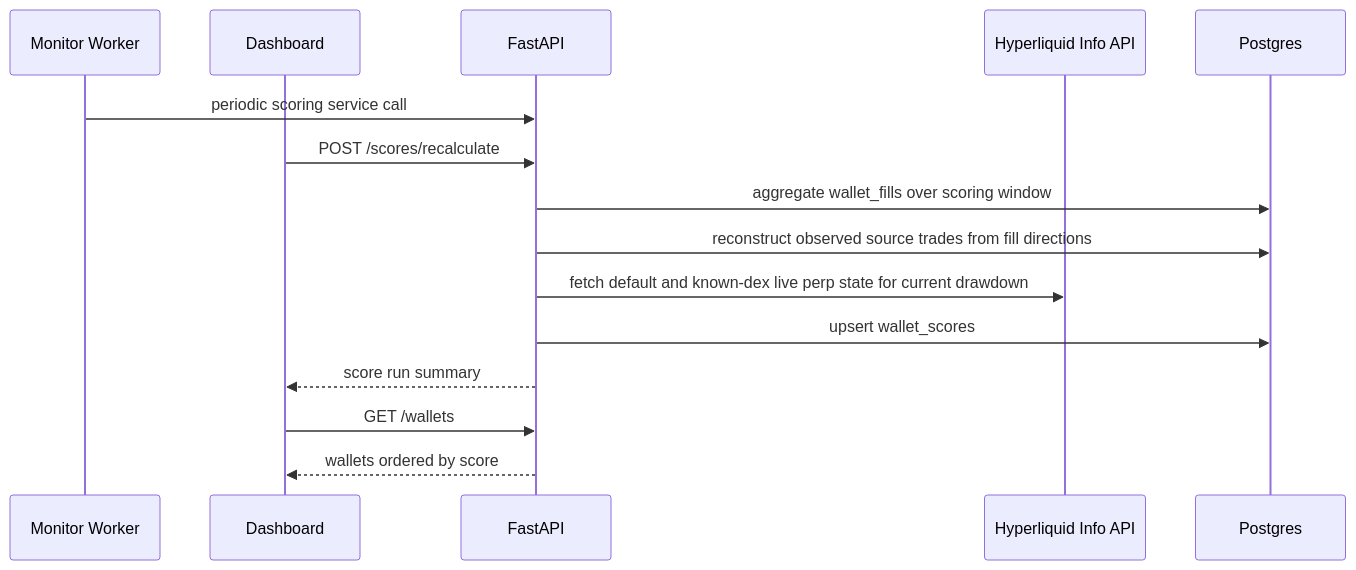
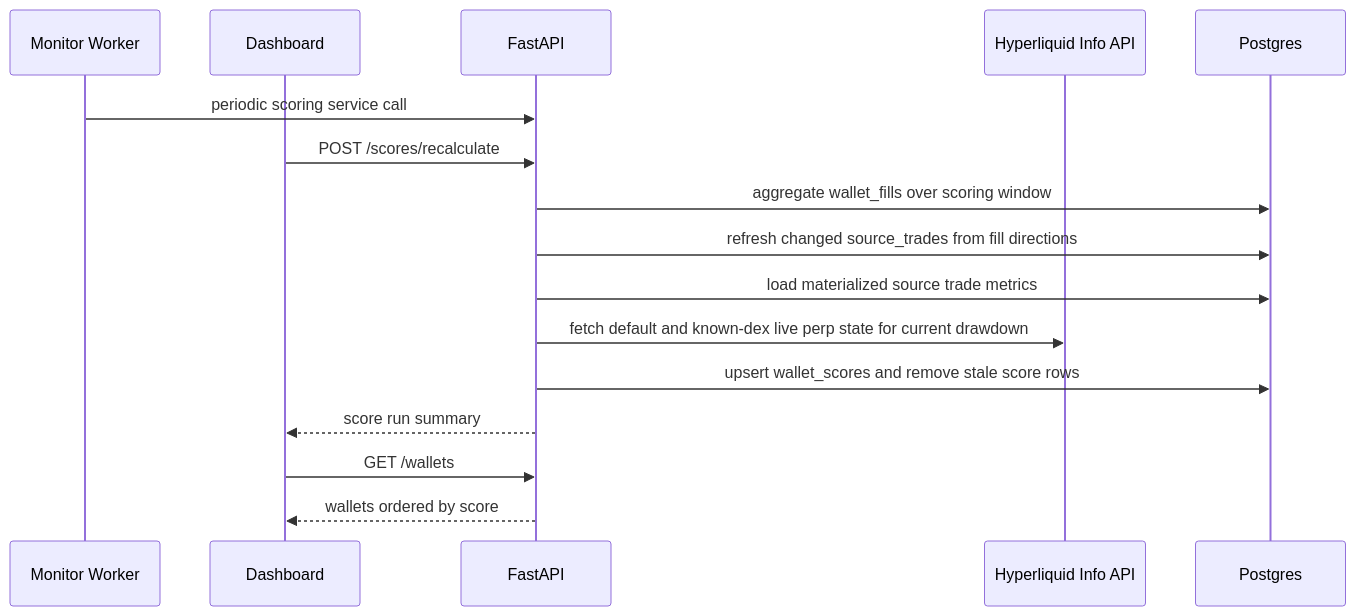
Before and after one commit to DrottPoker/copytrading-agent: the fifth of 9 diagrams in docs/architecture.md, drawn with Mermaid. The commit also changed other lines of this file and 14 other files, not shown here.

````diff
--- a/docs/architecture.md
+++ b/docs/architecture.md
@@ -281,18 +281,19 @@
 ```mermaid
 sequenceDiagram
   participant Worker as Monitor Worker
   participant UI as Dashboard
   participant API as FastAPI
   participant HL as Hyperliquid Info API
   participant DB as Postgres
 
   Worker->>API: periodic scoring service call
   UI->>API: POST /scores/recalculate
   API->>DB: aggregate wallet_fills over scoring window
-  API->>DB: reconstruct observed source trades from fill directions
+  API->>DB: refresh changed source_trades from fill directions
+  API->>DB: load materialized source trade metrics
   API->>HL: fetch default and known-dex live perp state for current drawdown
-  API->>DB: upsert wallet_scores
+  API->>DB: upsert wallet_scores and remove stale score rows
   API-->>UI: score run summary
   UI->>API: GET /wallets
   API-->>UI: wallets ordered by score
 ```
````
